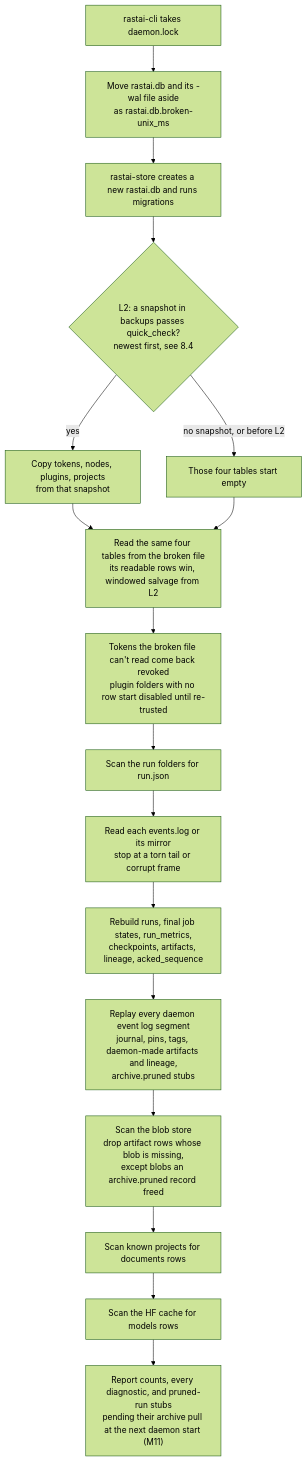
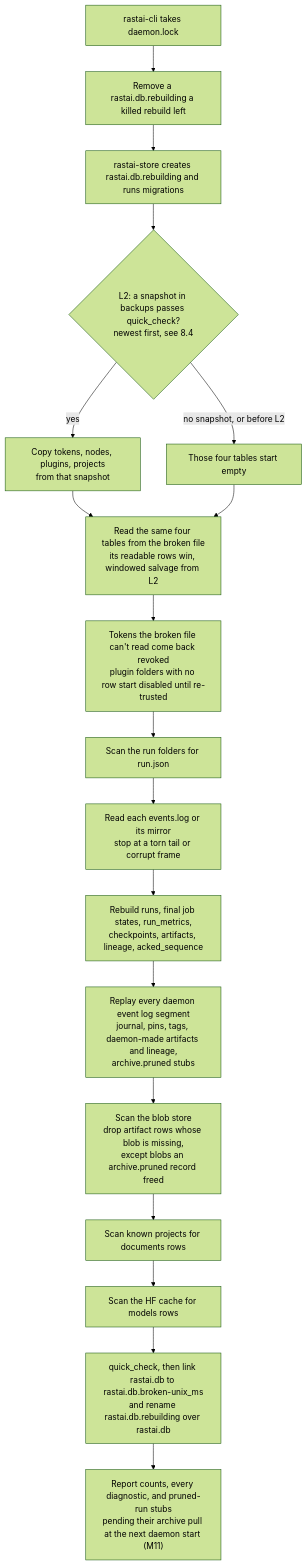
One commit to Snubiss/RASTAI-Research-Studio changed diagram 28 of 55 in docs/architecture/flows/platform.md. Above: the diagram before and after it, drawn with Mermaid (forest theme). The commit also changed other lines of this file and 39 other files, not shown here.

First line of the commit message:
M1-33: rastai-store: offline index rebuild

````diff
--- a/docs/architecture/flows/platform.md
+++ b/docs/architecture/flows/platform.md
@@ -1370,19 +1370,20 @@
 ```mermaid
 flowchart TD
-  A["rastai-cli takes daemon.lock"] --> B["Move rastai.db and its -wal file aside<br/>as rastai.db.broken-unix_ms"]
-  B --> C["rastai-store creates a new rastai.db and runs migrations"]
+  A["rastai-cli takes daemon.lock"] --> B["Remove a rastai.db.rebuilding a killed rebuild left"]
+  B --> C["rastai-store creates rastai.db.rebuilding and runs migrations"]
   C --> D{"L2: a snapshot in backups passes quick_check?<br/>newest first, see 8.4"}
   D -->|"yes"| E["Copy tokens, nodes, plugins, projects<br/>from that snapshot"]
   D -->|"no snapshot, or before L2"| F["Those four tables start empty"]
   E --> SAL["Read the same four tables from the broken file<br/>its readable rows win, windowed salvage from L2"]
   F --> SAL
   SAL --> TOK["Tokens the broken file can't read come back revoked<br/>plugin folders with no row start disabled until re-trusted"]
   TOK --> G["Scan the run folders for run.json"]
   G --> H["Read each events.log or its mirror<br/>stop at a torn tail or corrupt frame"]
   H --> I["Rebuild runs, final job states, run_metrics,<br/>checkpoints, artifacts, lineage, acked_sequence"]
   I --> J["Replay every daemon event log segment<br/>journal, pins, tags, daemon-made artifacts and lineage,<br/>archive.pruned stubs"]
   J --> K["Scan the blob store<br/>drop artifact rows whose blob is missing,<br/>except blobs an archive.pruned record freed"]
   K --> L["Scan known projects for documents rows"]
   L --> M["Scan the HF cache for models rows"]
-  M --> N["Report counts, every diagnostic, and pruned-run stubs<br/>pending their archive pull at the next daemon start (M11)"]
+  M --> Q["quick_check, then link rastai.db to rastai.db.broken-unix_ms<br/>and rename rastai.db.rebuilding over rastai.db"]
+  Q --> N["Report counts, every diagnostic, and pruned-run stubs<br/>pending their archive pull at the next daemon start (M11)"]
 ```
````
